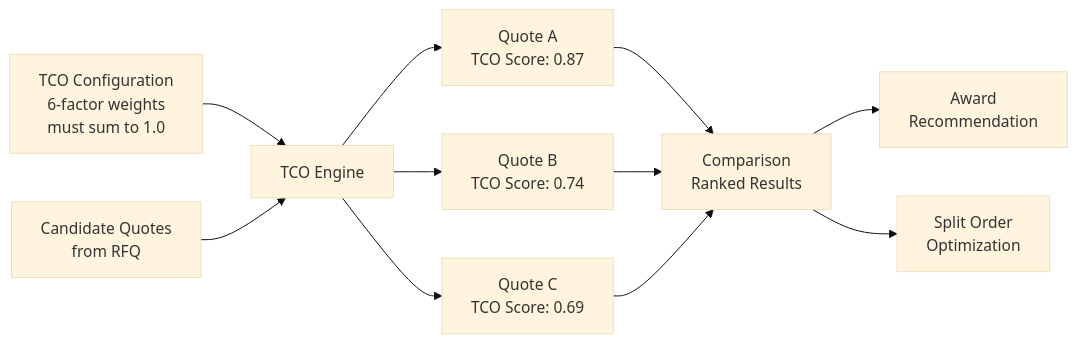
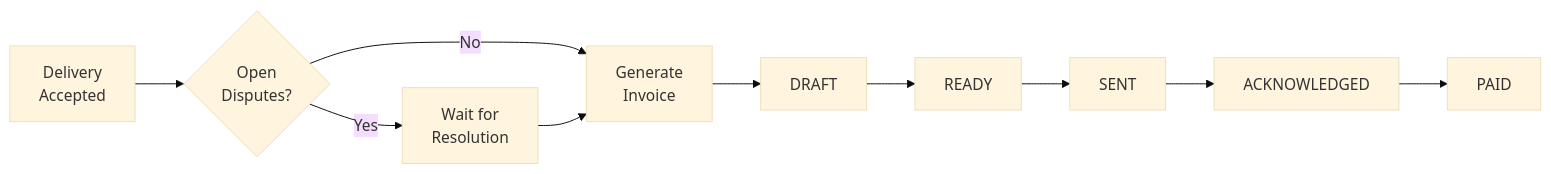
Before and after one commit to arunmenon/PortiQ: the tenth of 14 diagrams in docs/FEATURES_AND_ARCHITECTURE.md, drawn with Mermaid (base theme). The commit also changed other lines of this file and 90 other files, not shown here.

````diff
--- a/docs/FEATURES_AND_ARCHITECTURE.md
+++ b/docs/FEATURES_AND_ARCHITECTURE.md
@@ -800,15 +643,12 @@
 ```mermaid
 flowchart LR
-    CONFIG[TCO Configuration<br/>6-factor weights<br/>must sum to 1.0] --> ENGINE[TCO Engine]
-
-    QUOTES[Candidate Quotes<br/>from RFQ] --> ENGINE
-
-    ENGINE --> SCORE1[Quote A<br/>TCO Score: 0.87]
-    ENGINE --> SCORE2[Quote B<br/>TCO Score: 0.74]
-    ENGINE --> SCORE3[Quote C<br/>TCO Score: 0.69]
-
-    SCORE1 & SCORE2 & SCORE3 --> COMPARE[Comparison<br/>Ranked Results]
-
-    COMPARE --> AWARD[Award<br/>Recommendation]
-    COMPARE --> SPLIT[Split Order<br/>Optimization]
+    ACCEPT[Delivery<br/>Accepted] --> CHECK{Open<br/>Disputes?}
+    CHECK -->|No| GEN[Generate<br/>Invoice]
+    CHECK -->|Yes| WAIT[Wait for<br/>Resolution]
+    WAIT --> GEN
+    GEN --> DRAFT[DRAFT]
+    DRAFT --> READY[READY]
+    READY --> SENT[SENT]
+    SENT --> ACK[ACKNOWLEDGED]
+    ACK --> PAID[PAID]
 ```
````
